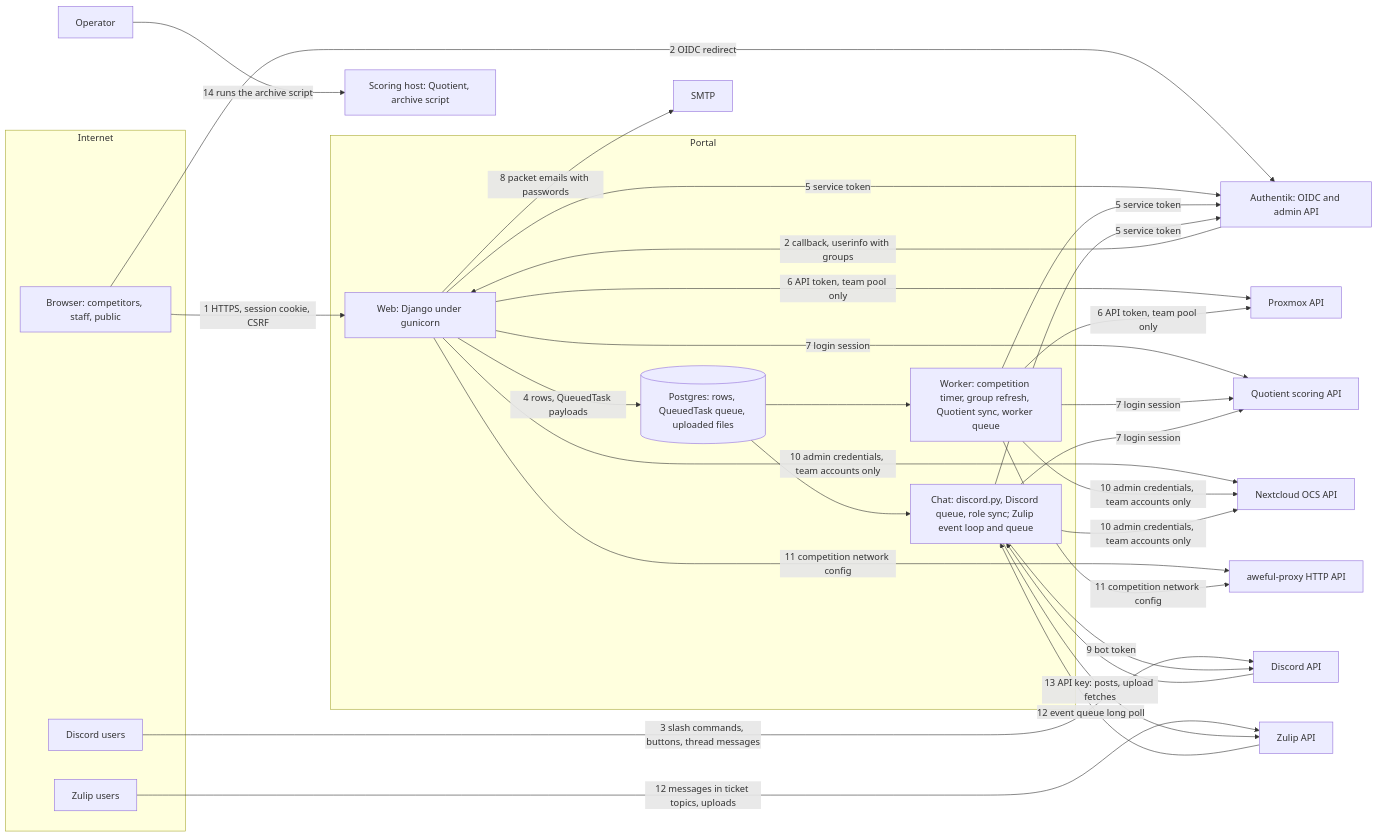
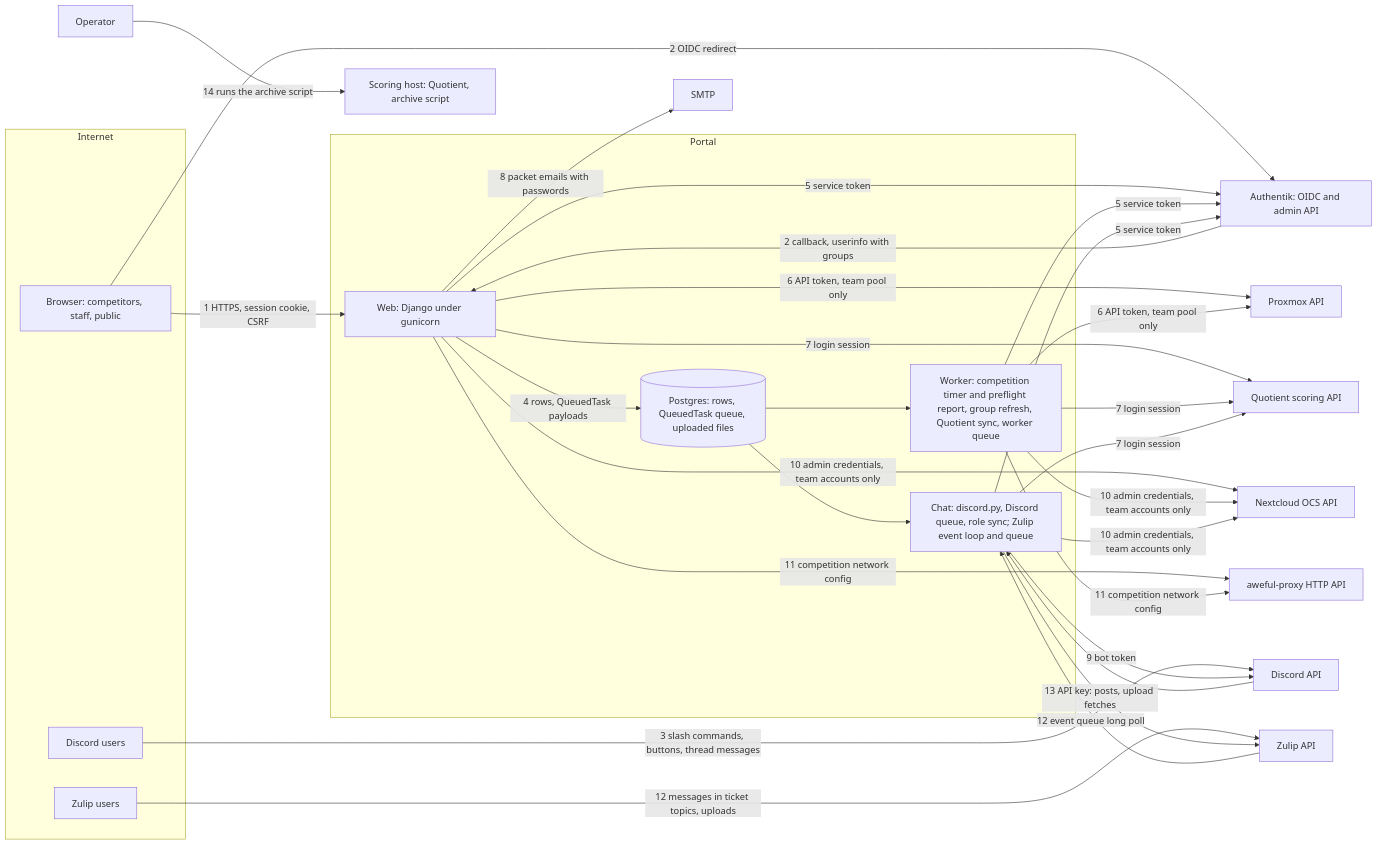
One commit to wccomps/wccomps-portal changed the diagram in THREAT_MODEL.md. Above: the diagram before and after it, drawn with Mermaid. The commit also changed other lines of this file and 13 other files, not shown here.

First line of the commit message:
Post a preflight report to ops before the scheduled start (#309)

````diff
--- a/THREAT_MODEL.md
+++ b/THREAT_MODEL.md
@@ -65,40 +70,40 @@
 ```mermaid
 flowchart LR
     subgraph Internet
         B[Browser: competitors, staff, public]
         D[Discord users]
         U[Zulip users]
     end
     subgraph Portal
         W[Web: Django under gunicorn]
         Q[(Postgres: rows, QueuedTask queue, uploaded files)]
-        K[Worker: competition timer, group refresh, Quotient sync, worker queue]
+        K[Worker: competition timer and preflight report, group refresh, Quotient sync, worker queue]
         C[Chat: discord.py, Discord queue, role sync; Zulip event loop and queue]
     end
     A[Authentik: OIDC and admin API]
     P[Proxmox API]
     S[Quotient scoring API]
     N[Nextcloud OCS API]
     X[aweful-proxy HTTP API]
     M[SMTP]
     G[Discord API]
     Z[Zulip API]
     H[Scoring host: Quotient, archive script]
     B -- "1 HTTPS, session cookie, CSRF" --> W
     B -- "2 OIDC redirect" --> A
     A -- "2 callback, userinfo with groups" --> W
     D -- "3 slash commands, buttons, thread messages" --> G --> C
     W -- "4 rows, QueuedTask payloads" --> Q
     Q --> K & C
     W & K & C -- "5 service token" --> A
     W & K -- "6 API token, team pool only" --> P
     W & K & C -- "7 login session" --> S
     W -- "8 packet emails with passwords" --> M
     C -- "9 bot token" --> G
     W & K & C -- "10 admin credentials, team accounts only" --> N
     W & K -- "11 competition network config" --> X
     U -- "12 messages in ticket topics, uploads" --> Z
     Z -- "12 event queue long poll" --> C
     C -- "13 API key: posts, upload fetches" --> Z
     O[Operator] -- "14 runs the archive script" --> H
 ```
````
